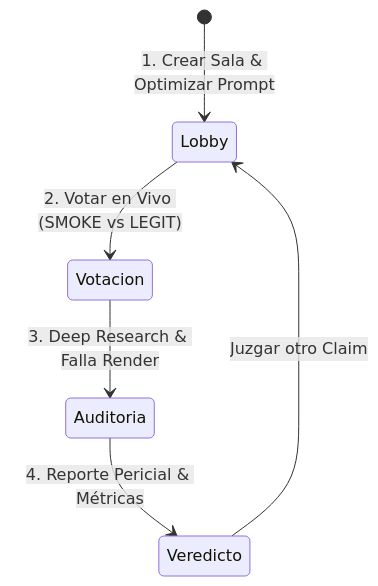
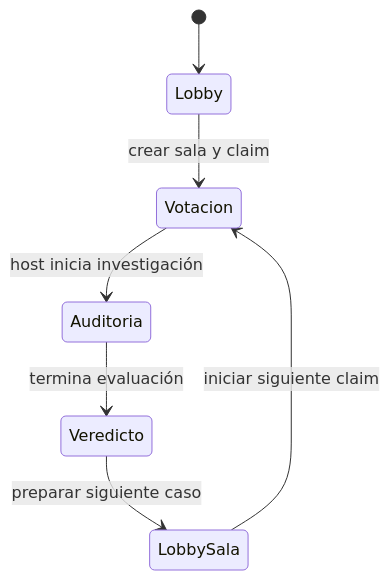
The diagram in docs/obsidian/03_INTERFAZ_Y_SIGNIFICADO_DE_RESULTADOS.md (arenasantiago/burningtoken), drawn with Mermaid before and after one commit. The commit also changed other lines of this file and 10 other files, not shown here.

````diff
--- a/docs/obsidian/03_INTERFAZ_Y_SIGNIFICADO_DE_RESULTADOS.md
+++ b/docs/obsidian/03_INTERFAZ_Y_SIGNIFICADO_DE_RESULTADOS.md
@@ -12,8 +16,9 @@
 ```mermaid
 stateDiagram-v2
-    [*] --> Lobby: 1. Crear Sala & Optimizar Prompt
-    Lobby --> Votacion: 2. Votar en Vivo (SMOKE vs LEGIT)
-    Votacion --> Auditoria: 3. Deep Research & Falla Render
-    Auditoria --> Veredicto: 4. Reporte Pericial & Métricas
-    Veredicto --> Lobby: Juzgar otro Claim
+    [*] --> Lobby
+    Lobby --> Votacion: crear sala y claim
+    Votacion --> Auditoria: host inicia investigación
+    Auditoria --> Veredicto: termina evaluación
+    Veredicto --> LobbySala: preparar siguiente caso
+    LobbySala --> Votacion: iniciar siguiente claim
 ```
````
